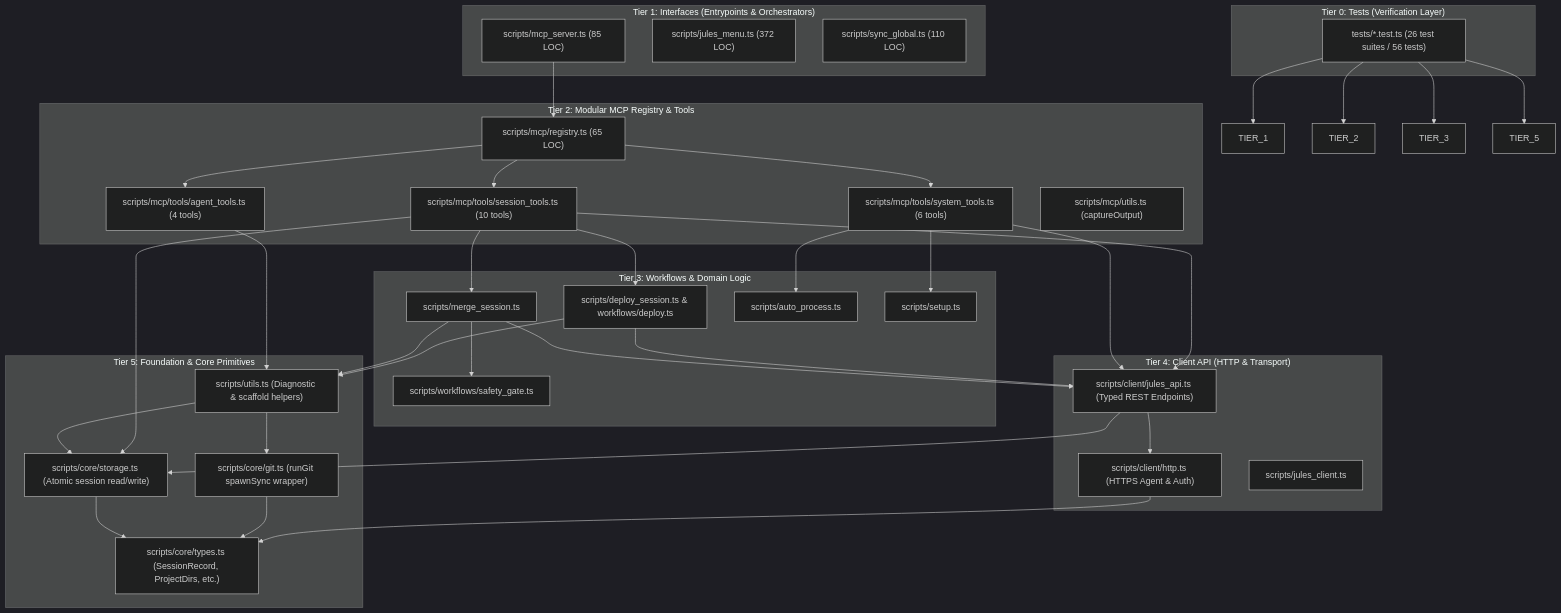
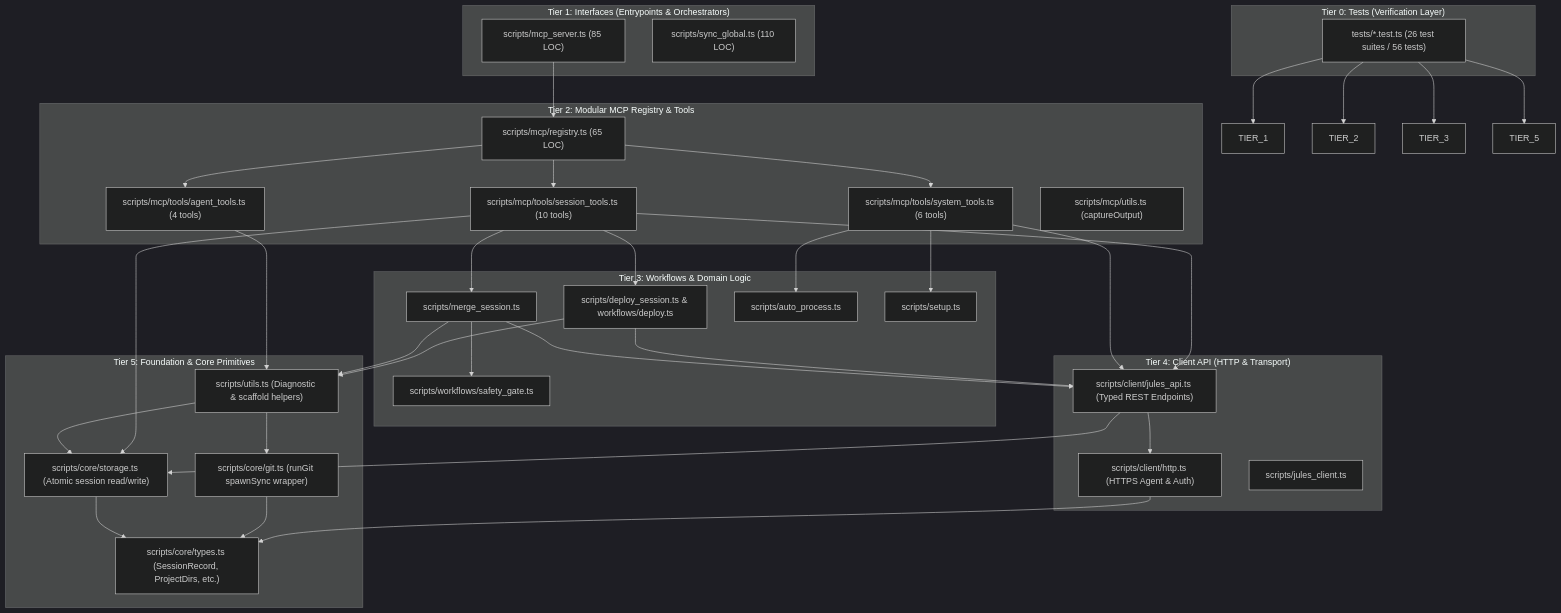
One commit to rivadmorin/Jules-Companion changed the diagram in docs/codebase-architecture-map.md. Above: the diagram before and after it, drawn with Mermaid (dark theme). The commit also changed other lines of this file and 11 other files, not shown here.

````diff
--- a/docs/codebase-architecture-map.md
+++ b/docs/codebase-architecture-map.md
@@ -29,76 +29,75 @@
 ```mermaid
 graph TD
     subgraph Tier_0 ["Tier 0: Tests (Verification Layer)"]
         T["tests/*.test.ts (26 test suites / 56 tests)"]
     end
 
     subgraph Tier_1 ["Tier 1: Interfaces (Entrypoints & Orchestrators)"]
         MCP["scripts/mcp_server.ts (85 LOC)"]
-        MENU["scripts/jules_menu.ts (372 LOC)"]
         SYNC["scripts/sync_global.ts (110 LOC)"]
     end
 
     subgraph Tier_2 ["Tier 2: Modular MCP Registry & Tools"]
         REG["scripts/mcp/registry.ts (65 LOC)"]
         SESS_TOOLS["scripts/mcp/tools/session_tools.ts (10 tools)"]
         AGENT_TOOLS["scripts/mcp/tools/agent_tools.ts (4 tools)"]
         SYS_TOOLS["scripts/mcp/tools/system_tools.ts (6 tools)"]
         MCP_UTILS["scripts/mcp/utils.ts (captureOutput)"]
     end
 
     subgraph Tier_3 ["Tier 3: Workflows & Domain Logic"]
         DEPLOY["scripts/deploy_session.ts & workflows/deploy.ts"]
         MERGE["scripts/merge_session.ts"]
         SAFETY["scripts/workflows/safety_gate.ts"]
         AUTO["scripts/auto_process.ts"]
         SETUP["scripts/setup.ts"]
     end
 
     subgraph Tier_4 ["Tier 4: Client API (HTTP & Transport)"]
         HTTP["scripts/client/http.ts (HTTPS Agent & Auth)"]
         API["scripts/client/jules_api.ts (Typed REST Endpoints)"]
         CLIENT_RUNNER["scripts/jules_client.ts"]
     end
 
     subgraph Tier_5 ["Tier 5: Foundation & Core Primitives"]
         TYPES["scripts/core/types.ts (SessionRecord, ProjectDirs, etc.)"]
         GIT["scripts/core/git.ts (runGit spawnSync wrapper)"]
         STORAGE["scripts/core/storage.ts (Atomic session read/write)"]
         UTILS["scripts/utils.ts (Diagnostic & scaffold helpers)"]
     end
 
     T --> TIER_1
     T --> TIER_2
     T --> TIER_3
     T --> TIER_5
 
     MCP --> REG
     REG --> SESS_TOOLS
     REG --> AGENT_TOOLS
     REG --> SYS_TOOLS
 
     SESS_TOOLS --> DEPLOY
     SESS_TOOLS --> MERGE
     SESS_TOOLS --> API
     SESS_TOOLS --> STORAGE
 
     AGENT_TOOLS --> UTILS
     SYS_TOOLS --> AUTO
     SYS_TOOLS --> SETUP
     SYS_TOOLS --> API
 
     DEPLOY --> API
     DEPLOY --> UTILS
     MERGE --> SAFETY
     MERGE --> API
     MERGE --> UTILS
 
     API --> HTTP
     API --> STORAGE
     HTTP --> TYPES
 
     UTILS --> GIT
     UTILS --> STORAGE
     GIT --> TYPES
     STORAGE --> TYPES
 ```
````
